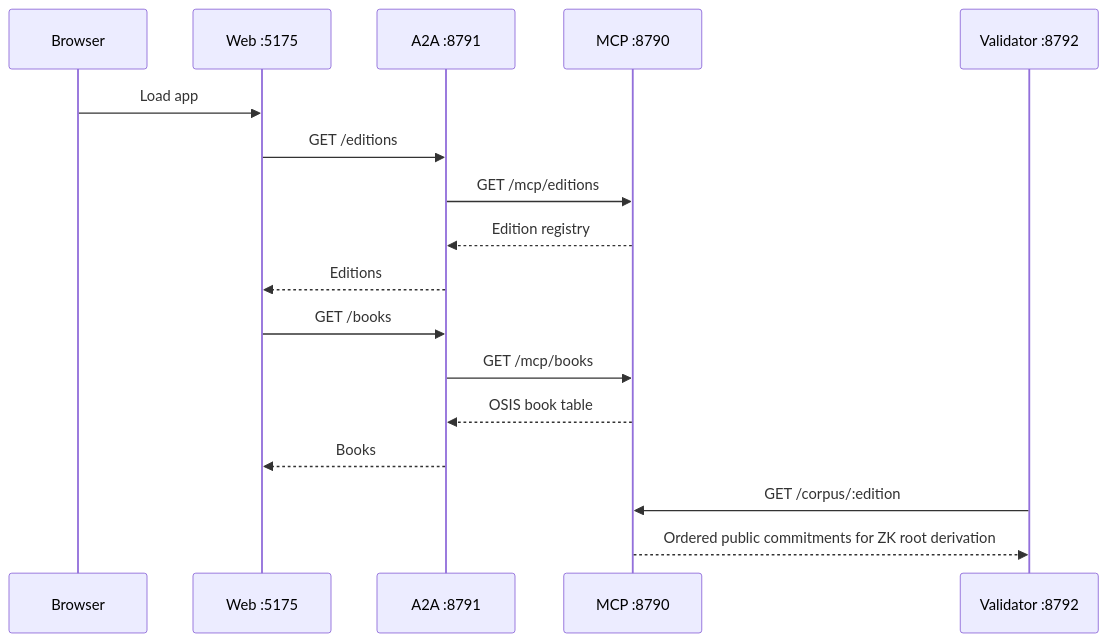
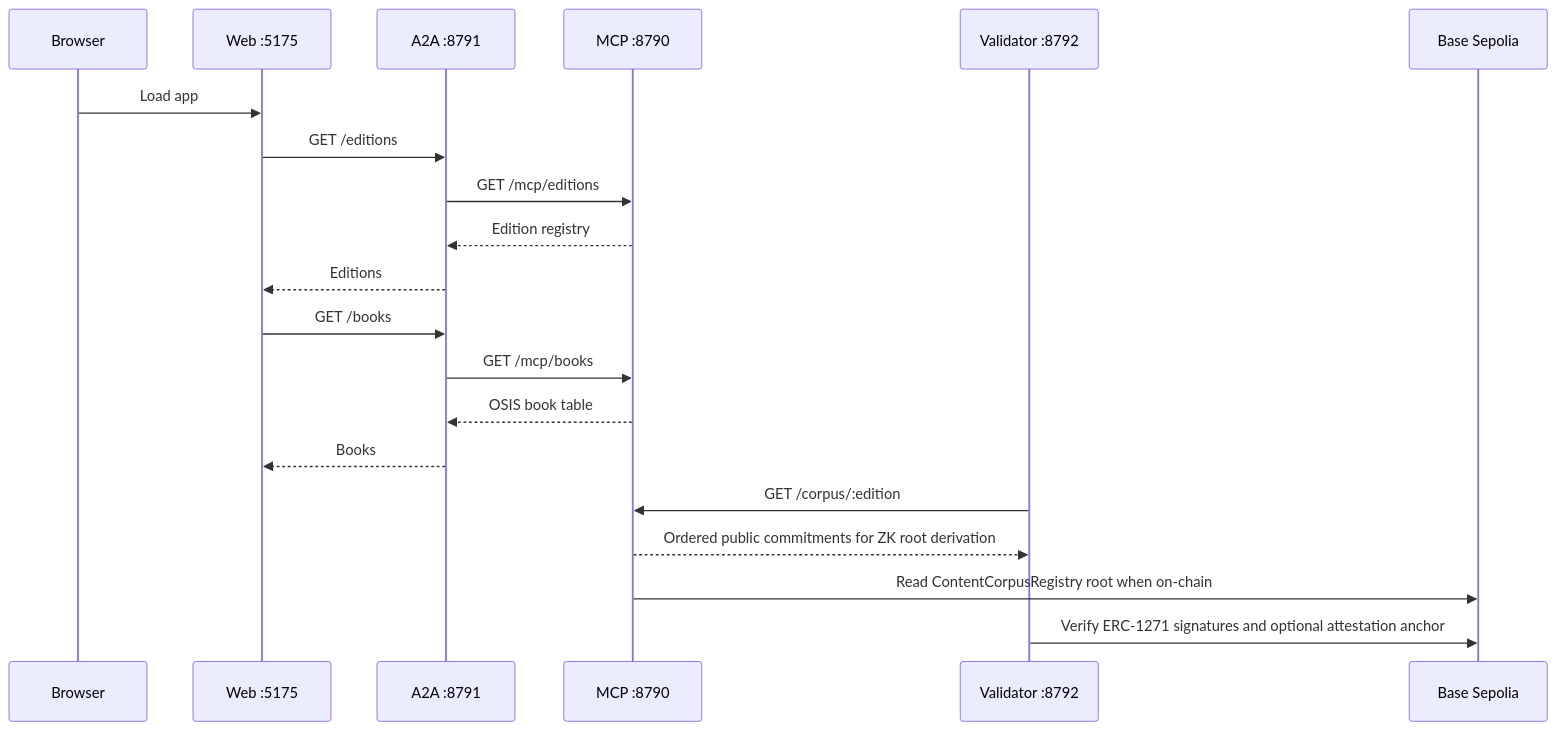
One commit to rpedersen3/verifiable-content-demo changed the third of 5 diagrams in documents/operational-architecture.md. Above: the diagram before and after it, drawn with Mermaid. The commit also changed other lines of this file and 13 other files, not shown here.

First line of the commit message:
feat(impact): agents under .impact TLD + AP base-sepolia addresses in deployments

````diff
--- a/documents/operational-architecture.md
+++ b/documents/operational-architecture.md
@@ -80,20 +87,23 @@
 ```mermaid
 sequenceDiagram
   participant Browser
   participant Vite as Web :5175
   participant A2A as A2A :8791
   participant MCP as MCP :8790
   participant Validator as Validator :8792
+  participant Base as Base Sepolia
 
   Browser->>Vite: Load app
   Vite->>A2A: GET /editions
   A2A->>MCP: GET /mcp/editions
   MCP-->>A2A: Edition registry
   A2A-->>Vite: Editions
   Vite->>A2A: GET /books
   A2A->>MCP: GET /mcp/books
   MCP-->>A2A: OSIS book table
   A2A-->>Vite: Books
   Validator->>MCP: GET /corpus/:edition
   MCP-->>Validator: Ordered public commitments for ZK root derivation
+  MCP->>Base: Read ContentCorpusRegistry root when on-chain
+  Validator->>Base: Verify ERC-1271 signatures and optional attestation anchor
 ```
````
